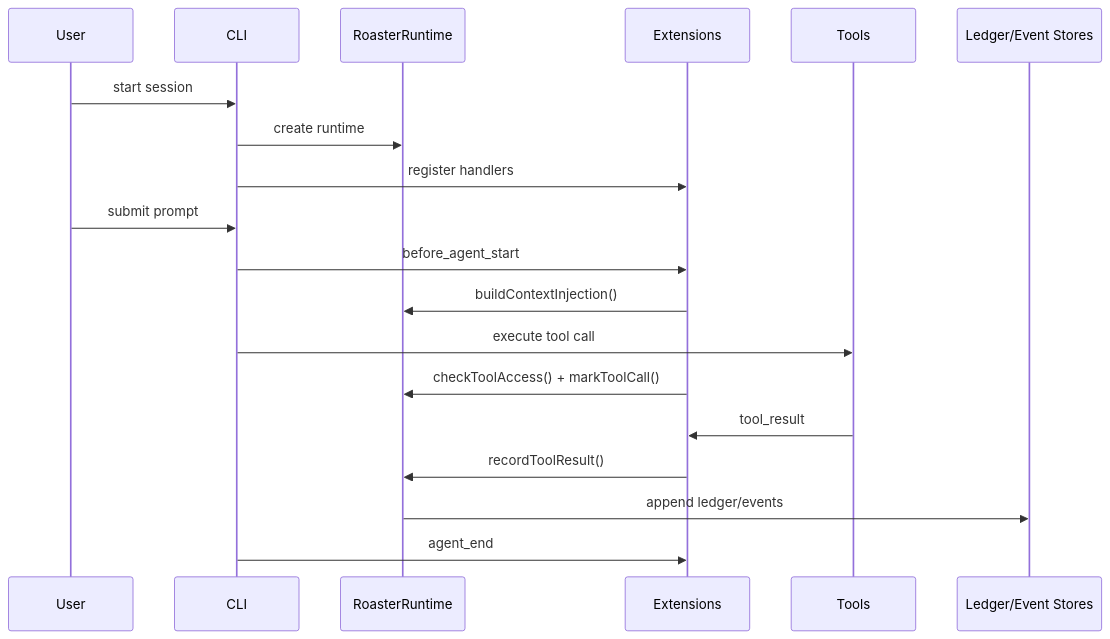
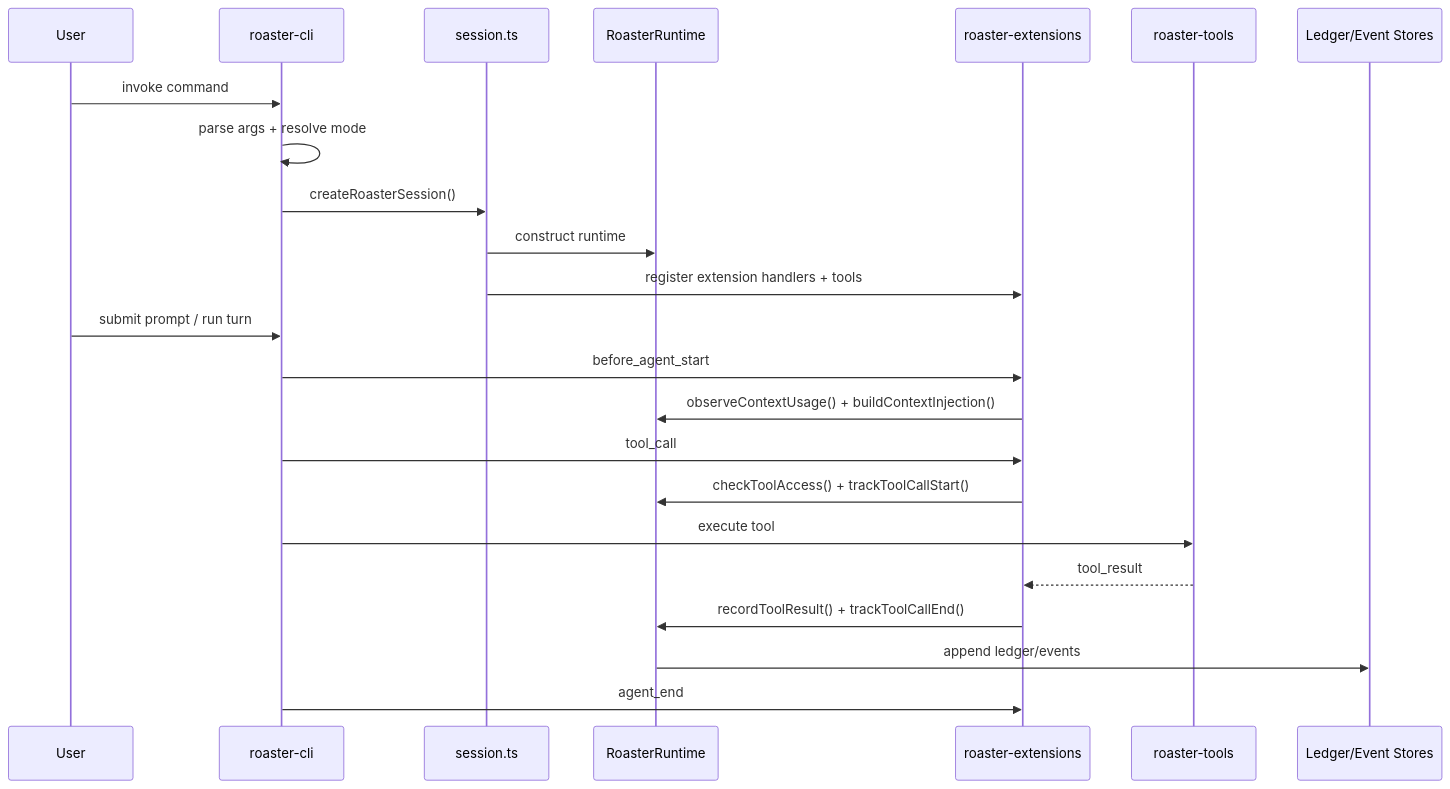
One commit to arcthur/brewva changed the first of 5 diagrams in docs/architecture/control-and-data-flow.md. Above: the diagram before and after it, drawn with Mermaid. The commit also changed other lines of this file and 15 other files, not shown here.

````diff
--- a/docs/architecture/control-and-data-flow.md
+++ b/docs/architecture/control-and-data-flow.md
@@ -7,22 +8,26 @@
 ```mermaid
 sequenceDiagram
   participant U as User
-  participant CLI as CLI
+  participant CLI as roaster-cli
+  participant SES as session.ts
   participant RT as RoasterRuntime
-  participant EXT as Extensions
-  participant TOOLS as Tools
+  participant EXT as roaster-extensions
+  participant TOOLS as roaster-tools
   participant STORES as Ledger/Event Stores
 
-  U->>CLI: start session
-  CLI->>RT: create runtime
-  CLI->>EXT: register handlers
-  U->>CLI: submit prompt
+  U->>CLI: invoke command
+  CLI->>CLI: parse args + resolve mode
+  CLI->>SES: createRoasterSession()
+  SES->>RT: construct runtime
+  SES->>EXT: register extension handlers + tools
+  U->>CLI: submit prompt / run turn
   CLI->>EXT: before_agent_start
-  EXT->>RT: buildContextInjection()
-  CLI->>TOOLS: execute tool call
-  EXT->>RT: checkToolAccess() + markToolCall()
-  TOOLS->>EXT: tool_result
-  EXT->>RT: recordToolResult()
+  EXT->>RT: observeContextUsage() + buildContextInjection()
+  CLI->>EXT: tool_call
+  EXT->>RT: checkToolAccess() + trackToolCallStart()
+  CLI->>TOOLS: execute tool
+  TOOLS-->>EXT: tool_result
+  EXT->>RT: recordToolResult() + trackToolCallEnd()
   RT->>STORES: append ledger/events
   CLI->>EXT: agent_end
 ```
````
